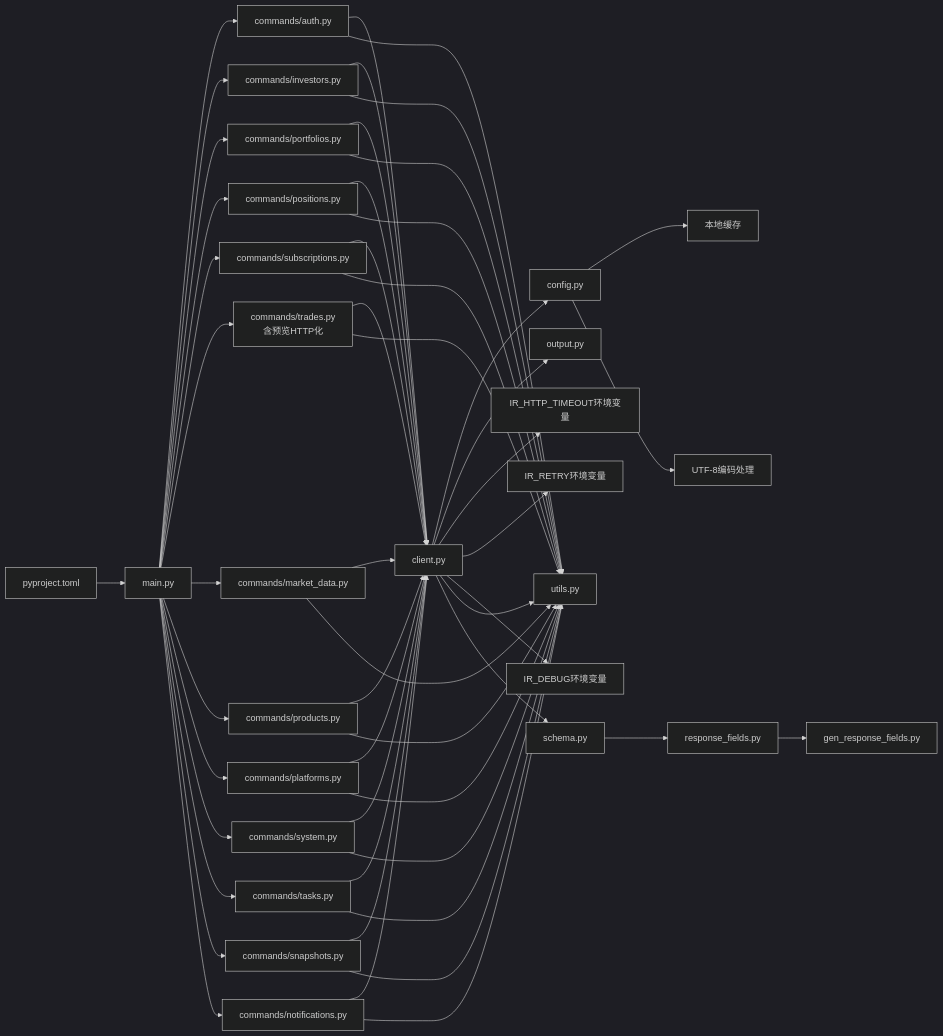
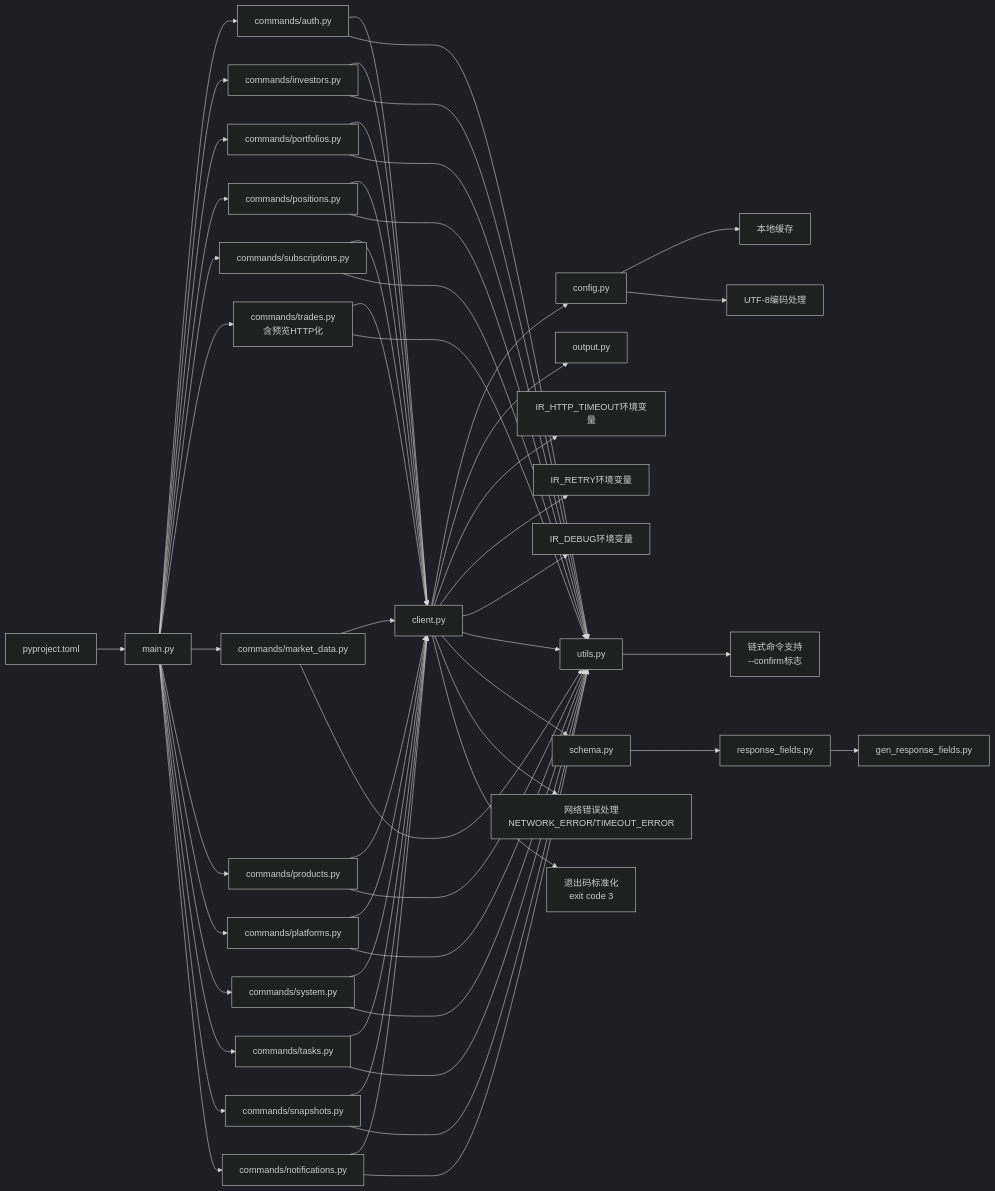
Before and after one commit to gujialind/InvestRing: the ninth of 9 diagrams in .qoder/repowiki/zh/content/开发指南/InvestRing HTTP客户端CLI工具.md, drawn with Mermaid (dark theme). The commit also changed other lines of this file and 15 other files, not shown here.

````diff
--- a/.qoder/repowiki/zh/content/开发指南/InvestRing HTTP客户端CLI工具.md
+++ b/.qoder/repowiki/zh/content/开发指南/InvestRing HTTP客户端CLI工具.md
@@ -562,54 +580,57 @@
 ```mermaid
 graph LR
 P["pyproject.toml"] --> M["main.py"]
 M --> A["commands/auth.py"]
 M --> I["commands/investors.py"]
 M --> PRT["commands/portfolios.py"]
 M --> POS["commands/positions.py"]
 M --> SUB["commands/subscriptions.py"]
 M --> TRD["commands/trades.py<br/>含预览HTTP化"]
 M --> MKT["commands/market_data.py"]
 M --> PRD["commands/products.py"]
 M --> PLF["commands/platforms.py"]
 M --> SYS["commands/system.py"]
 M --> TSK["commands/tasks.py"]
 M --> SNP["commands/snapshots.py"]
 M --> NOTI["commands/notifications.py"]
 A --> CL["client.py"]
 I --> CL
 PRT --> CL
 POS --> CL
 SUB --> CL
 TRD --> CL
 MKT --> CL
 PRD --> CL
 PLF --> CL
 SYS --> CL
 TSK --> CL
 SNP --> CL
 NOTI --> CL
 CL --> CFG["config.py"]
 CL --> OUT["output.py"]
 CL --> ENV["IR_HTTP_TIMEOUT环境变量"]
 CL --> RETRY["IR_RETRY环境变量"]
 CL --> DEBUG["IR_DEBUG环境变量"]
 CL --> UT["utils.py"]
 CL --> SCH["schema.py"]
 SCH --> RF["response_fields.py"]
 RF --> GEN["gen_response_fields.py"]
 A --> UT
 I --> UT
 PRT --> UT
 POS --> UT
 SUB --> UT
 TRD --> UT
 MKT --> UT
 PRD --> UT
 PLF --> UT
 SYS --> UT
 TSK --> UT
 SNP --> UT
 NOTI --> UT
 CFG --> CACHE["本地缓存"]
 CFG --> UTF8["UTF-8编码处理"]
+CL --> NETERR["网络错误处理<br/>NETWORK_ERROR/TIMEOUT_ERROR"]
+CL --> EXITCODE["退出码标准化<br/>exit code 3"]
+UT --> CHAIN["链式命令支持<br/>--confirm标志"]
 ```
````
